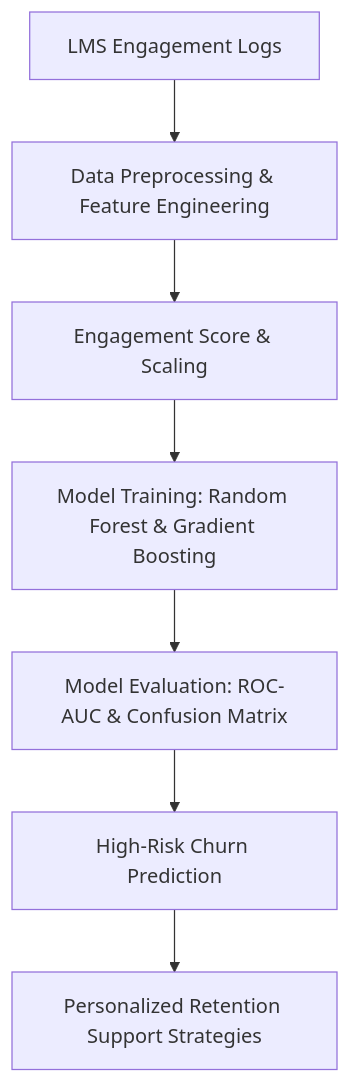
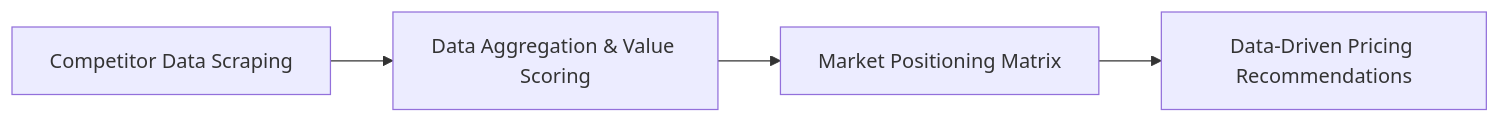
One commit to Manikkhan0011/social-media-performance-analysis changed the diagram in README.md. Above: the diagram before and after it, drawn with Mermaid. The commit also changed other lines of this file and 3 other files, not shown here.

````diff
--- a/README.md
+++ b/README.md
@@ -7,9 +4,6 @@
 ```mermaid
-graph TD
-    A[LMS Engagement Logs] --> B[Data Preprocessing & Feature Engineering]
-    B --> C[Engagement Score & Scaling]
-    C --> D[Model Training: Random Forest & Gradient Boosting]
-    D --> E[Model Evaluation: ROC-AUC & Confusion Matrix]
-    E --> F[High-Risk Churn Prediction]
-    F --> G[Personalized Retention Support Strategies]
+graph LR
+    A[Competitor Data Scraping] --> B[Data Aggregation & Value Scoring]
+    B --> C[Market Positioning Matrix]
+    C --> D[Data-Driven Pricing Recommendations]
 ```
````
